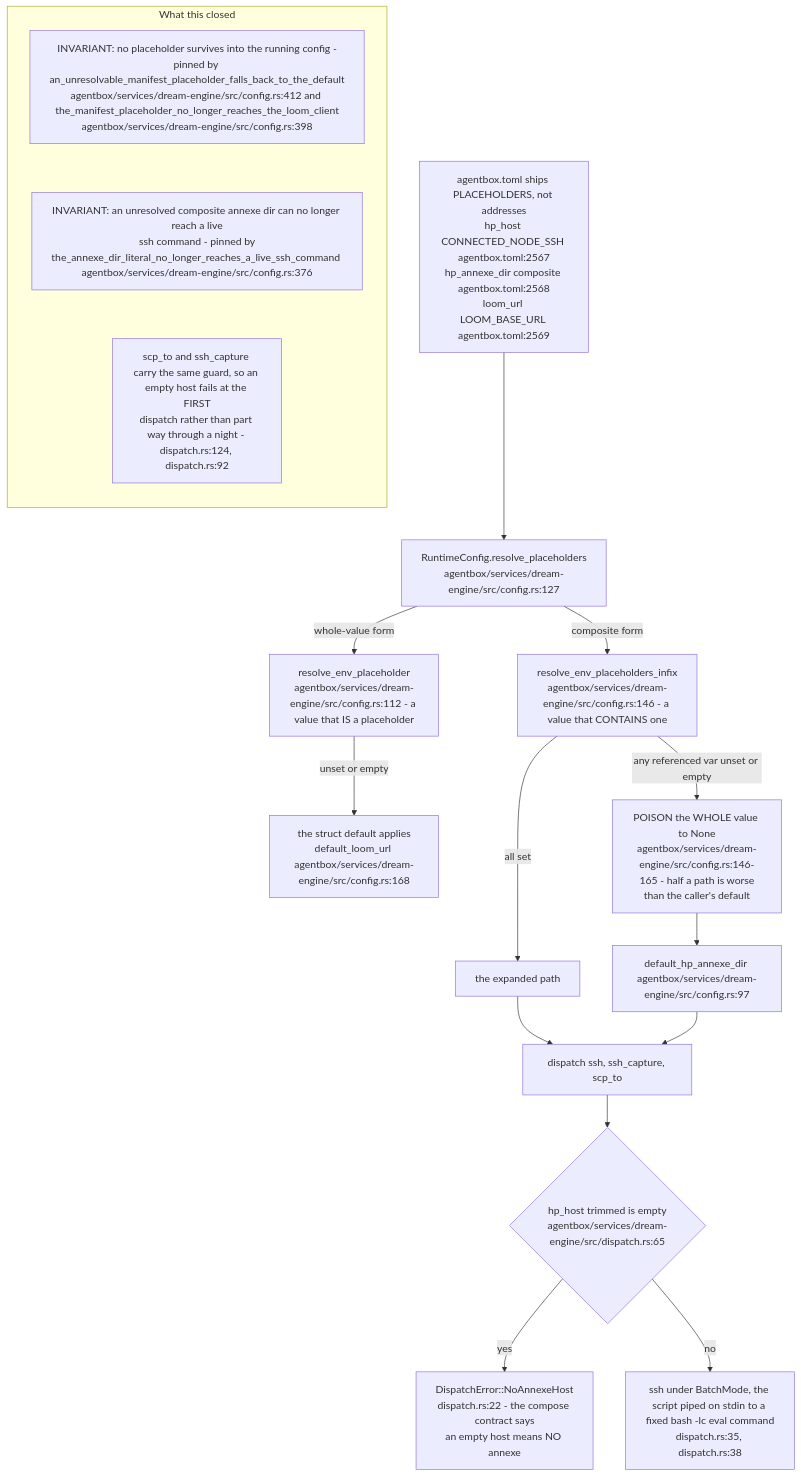
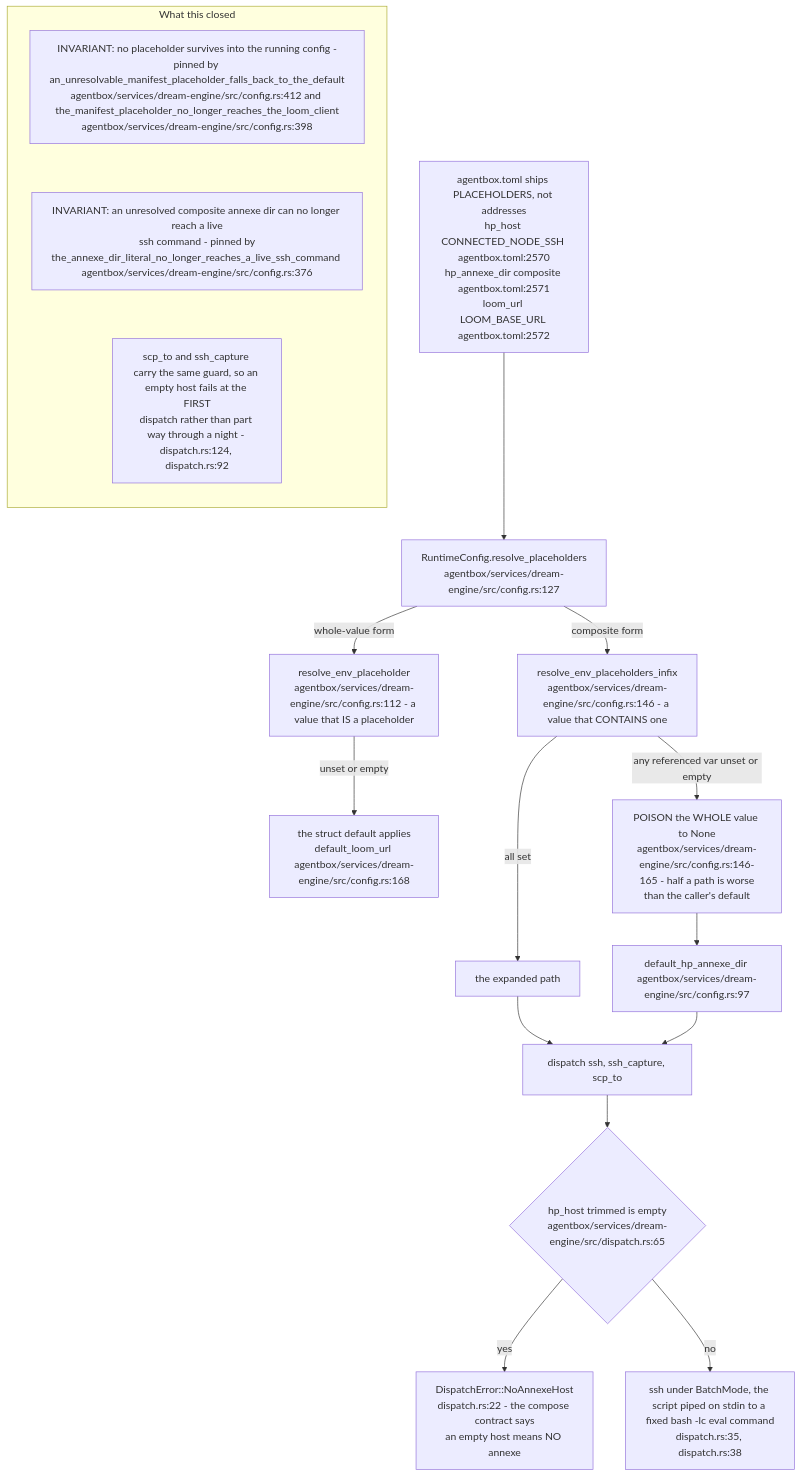
One commit to DreamLab-AI/VisionFlow changed diagram 16 of 22 in docs/diagrams/agentbox/23-dream-engine.md. Above: the diagram before and after it, drawn with Mermaid. The commit also changed other lines of this file and 142 other files, not shown here.

First line of the commit message:
docs(diagrams): one System One route; re-verify 140 topics at today's heads

````diff
--- a/docs/diagrams/agentbox/23-dream-engine.md
+++ b/docs/diagrams/agentbox/23-dream-engine.md
@@ -835,23 +835,23 @@
 ```mermaid
 flowchart TB
-    TOML["agentbox.toml ships PLACEHOLDERS, not addresses<br/>hp_host CONNECTED_NODE_SSH agentbox.toml:2567<br/>hp_annexe_dir composite agentbox.toml:2568<br/>loom_url LOOM_BASE_URL agentbox.toml:2569"]
+    TOML["agentbox.toml ships PLACEHOLDERS, not addresses<br/>hp_host CONNECTED_NODE_SSH agentbox.toml:2570<br/>hp_annexe_dir composite agentbox.toml:2571<br/>loom_url LOOM_BASE_URL agentbox.toml:2572"]
     TOML --> RP["RuntimeConfig.resolve_placeholders<br/>agentbox/services/dream-engine/src/config.rs:127"]
     RP -->|"whole-value form"| W["resolve_env_placeholder<br/>agentbox/services/dream-engine/src/config.rs:112 - a value that IS a placeholder"]
     RP -->|"composite form"| I["resolve_env_placeholders_infix<br/>agentbox/services/dream-engine/src/config.rs:146 - a value that CONTAINS one"]
     W -->|"unset or empty"| D1["the struct default applies<br/>default_loom_url agentbox/services/dream-engine/src/config.rs:168"]
     I -->|"any referenced var unset or empty"| D2["POISON the WHOLE value to None<br/>agentbox/services/dream-engine/src/config.rs:146-165 - half a path is worse<br/>than the caller's default"]
     D2 --> D3["default_hp_annexe_dir agentbox/services/dream-engine/src/config.rs:97"]
     I -->|"all set"| OK["the expanded path"]
     OK --> DISP["dispatch ssh, ssh_capture, scp_to"]
     D3 --> DISP
     DISP --> GUARD{"hp_host trimmed is empty<br/>agentbox/services/dream-engine/src/dispatch.rs:65"}
     GUARD -->|"yes"| NAH["DispatchError::NoAnnexeHost<br/>dispatch.rs:22 - the compose contract says<br/>an empty host means NO annexe"]
     GUARD -->|"no"| SSH["ssh under BatchMode, the script piped on stdin to a fixed bash -lc eval command<br/>dispatch.rs:35, dispatch.rs:38"]
     subgraph notes["What this closed"]
         direction TB
         N1["INVARIANT: no placeholder survives into the running config -<br/>pinned by an_unresolvable_manifest_placeholder_falls_back_to_the_default<br/>agentbox/services/dream-engine/src/config.rs:412 and the_manifest_placeholder_no_longer_reaches_the_loom_client<br/>agentbox/services/dream-engine/src/config.rs:398"]
         N2["INVARIANT: an unresolved composite annexe dir can no longer reach a live<br/>ssh command - pinned by<br/>the_annexe_dir_literal_no_longer_reaches_a_live_ssh_command agentbox/services/dream-engine/src/config.rs:376"]
         N3["scp_to and ssh_capture carry the same guard, so an empty host fails at the FIRST<br/>dispatch rather than part way through a night - dispatch.rs:124, dispatch.rs:92"]
         N1 ~~~ N2 ~~~ N3
     end
 ```
````
